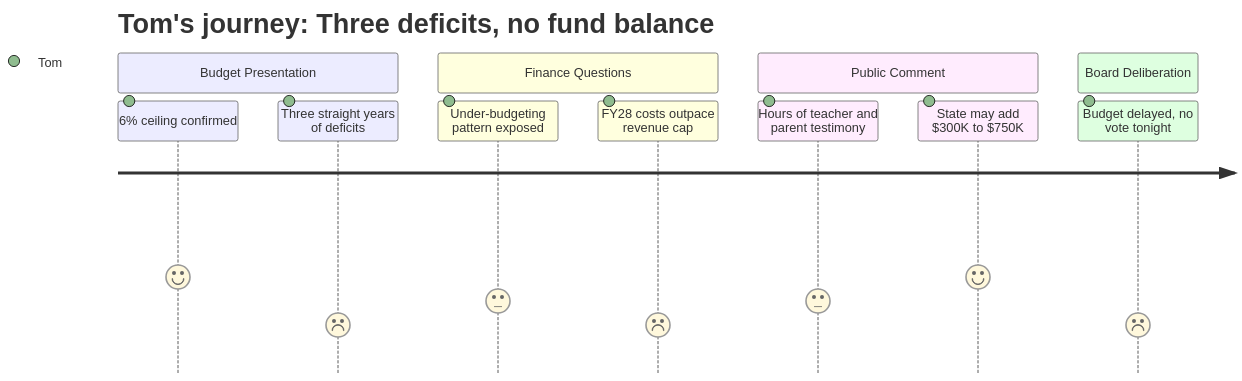
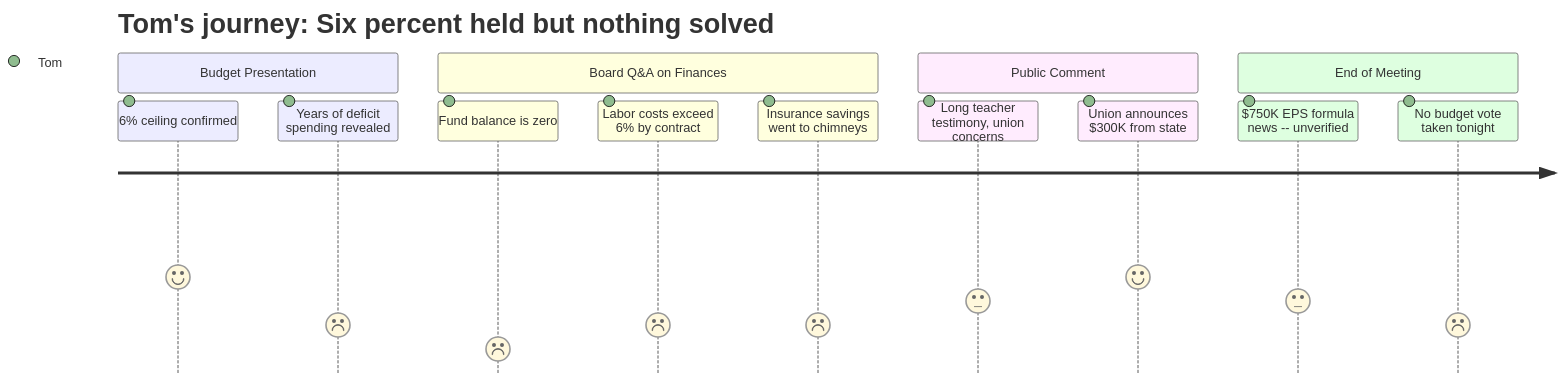
One commit to cristoslc/2026-south-portland-school-budget changed the diagram in data/interpretation/meetings/2026-04-02-school-board/PERSONA-006.md. Above: the diagram before and after it, drawn with Mermaid. The commit also changed other lines of this file and 124 other files, not shown here.

````diff
--- a/data/interpretation/meetings/2026-04-02-school-board/PERSONA-006.md
+++ b/data/interpretation/meetings/2026-04-02-school-board/PERSONA-006.md
@@ -79,15 +77,17 @@
 ```mermaid
 journey
-    title Tom's journey: Three deficits, no fund balance
+    title Tom's journey: Six percent held but nothing solved
     section Budget Presentation
         6% ceiling confirmed: 4: Tom
-        Three straight years of deficits: 2: Tom
-    section Finance Questions
-        Under-budgeting pattern exposed: 3: Tom
-        FY28 costs outpace revenue cap: 2: Tom
+        Years of deficit spending revealed: 2: Tom
+    section Board Q&A on Finances
+        Fund balance is zero: 1: Tom
+        Labor costs exceed 6% by contract: 2: Tom
+        Insurance savings went to chimneys: 2: Tom
     section Public Comment
-        Hours of teacher and parent testimony: 3: Tom
-        State may add $300K to $750K: 4: Tom
-    section Board Deliberation
-        Budget delayed, no vote tonight: 2: Tom
+        Long teacher testimony, union concerns: 3: Tom
+        Union announces $300K from state: 4: Tom
+    section End of Meeting
+        $750K EPS formula news -- unverified: 3: Tom
+        No budget vote taken tonight: 2: Tom
 ```
````
